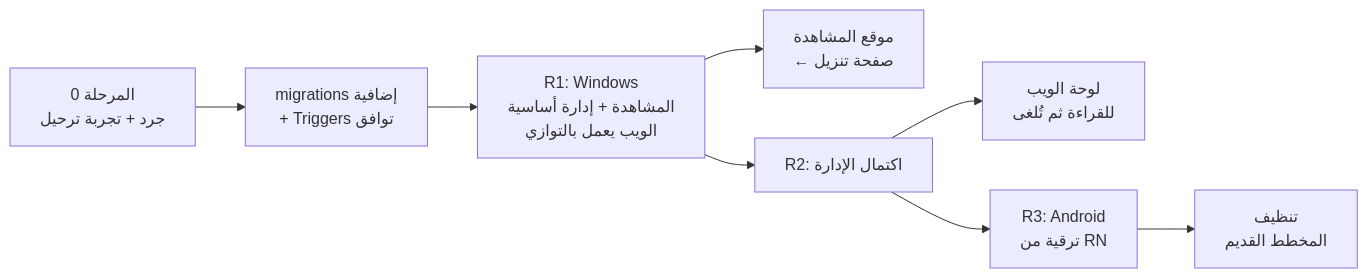
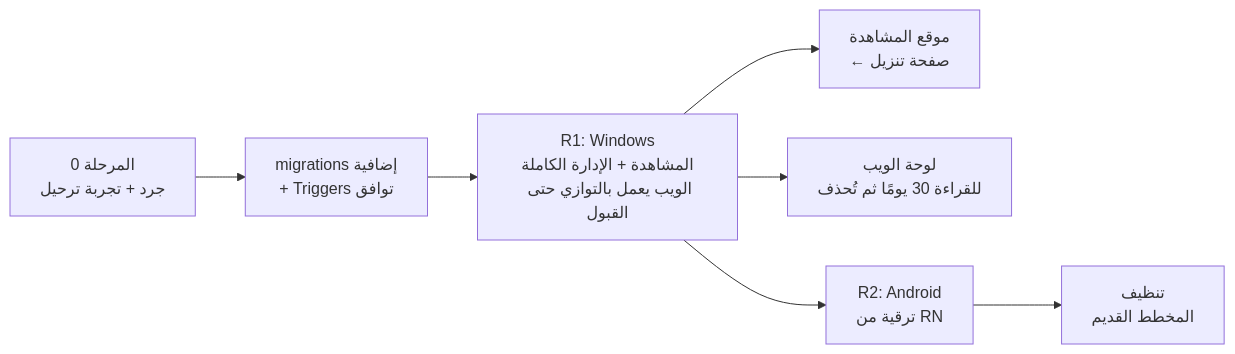
One commit to AneesAdwan/MTC-iPTv changed the fifth of 6 diagrams in mtc_iptv/docs/MASTER_SPEC.md. Above: the diagram before and after it, drawn with Mermaid. The commit also changed other lines of this file and 190 other files, not shown here.

````diff
--- a/mtc_iptv/docs/MASTER_SPEC.md
+++ b/mtc_iptv/docs/MASTER_SPEC.md
@@ -1587,10 +1658,9 @@
 ```mermaid
 flowchart LR
   P0["المرحلة 0<br/>جرد + تجربة ترحيل"] --> M1["migrations إضافية<br/>+ Triggers توافق"]
-  M1 --> R1["R1: Windows<br/>المشاهدة + إدارة أساسية<br/>الويب يعمل بالتوازي"]
+  M1 --> R1["R1: Windows<br/>المشاهدة + الإدارة الكاملة<br/>الويب يعمل بالتوازي حتى القبول"]
   R1 --> W1["موقع المشاهدة<br/>← صفحة تنزيل"]
-  R1 --> R2["R2: اكتمال الإدارة"]
-  R2 --> W2["لوحة الويب<br/>للقراءة ثم تُلغى"]
-  R2 --> R3["R3: Android<br/>ترقية من RN"]
-  R3 --> C["تنظيف<br/>المخطط القديم"]
+  R1 --> W2["لوحة الويب<br/>للقراءة 30 يومًا ثم تُحذف"]
+  R1 --> R2["R2: Android<br/>ترقية من RN"]
+  R2 --> C["تنظيف<br/>المخطط القديم"]
 ```
````
